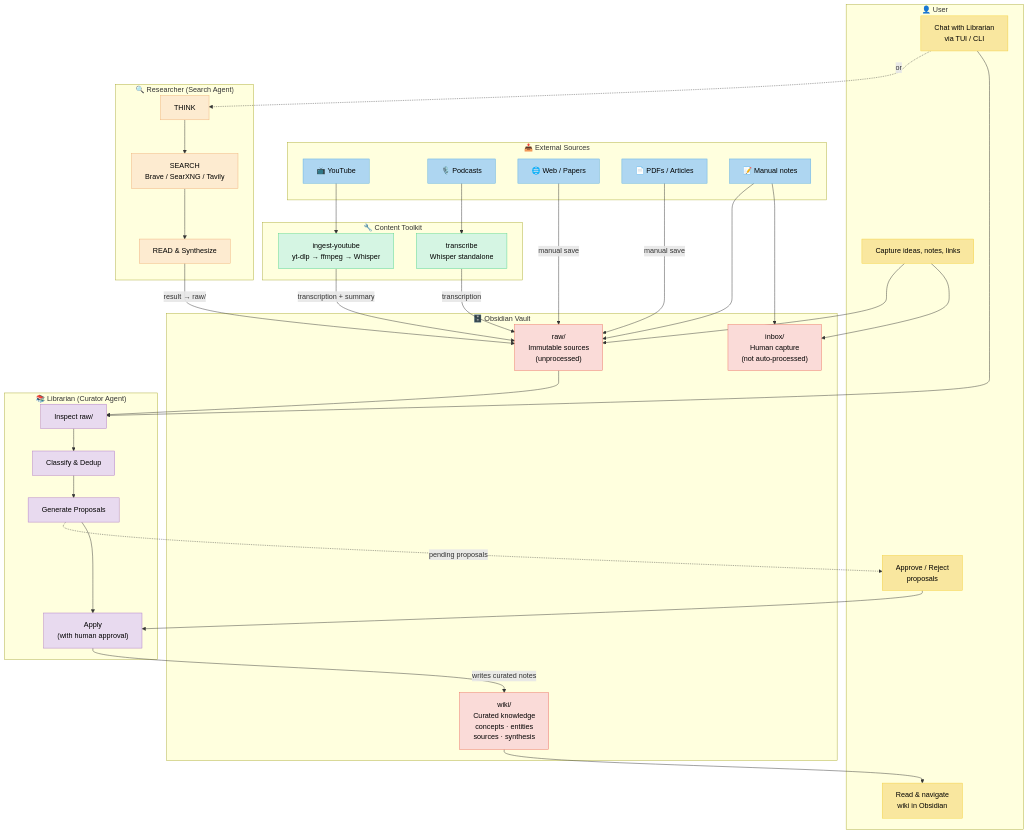
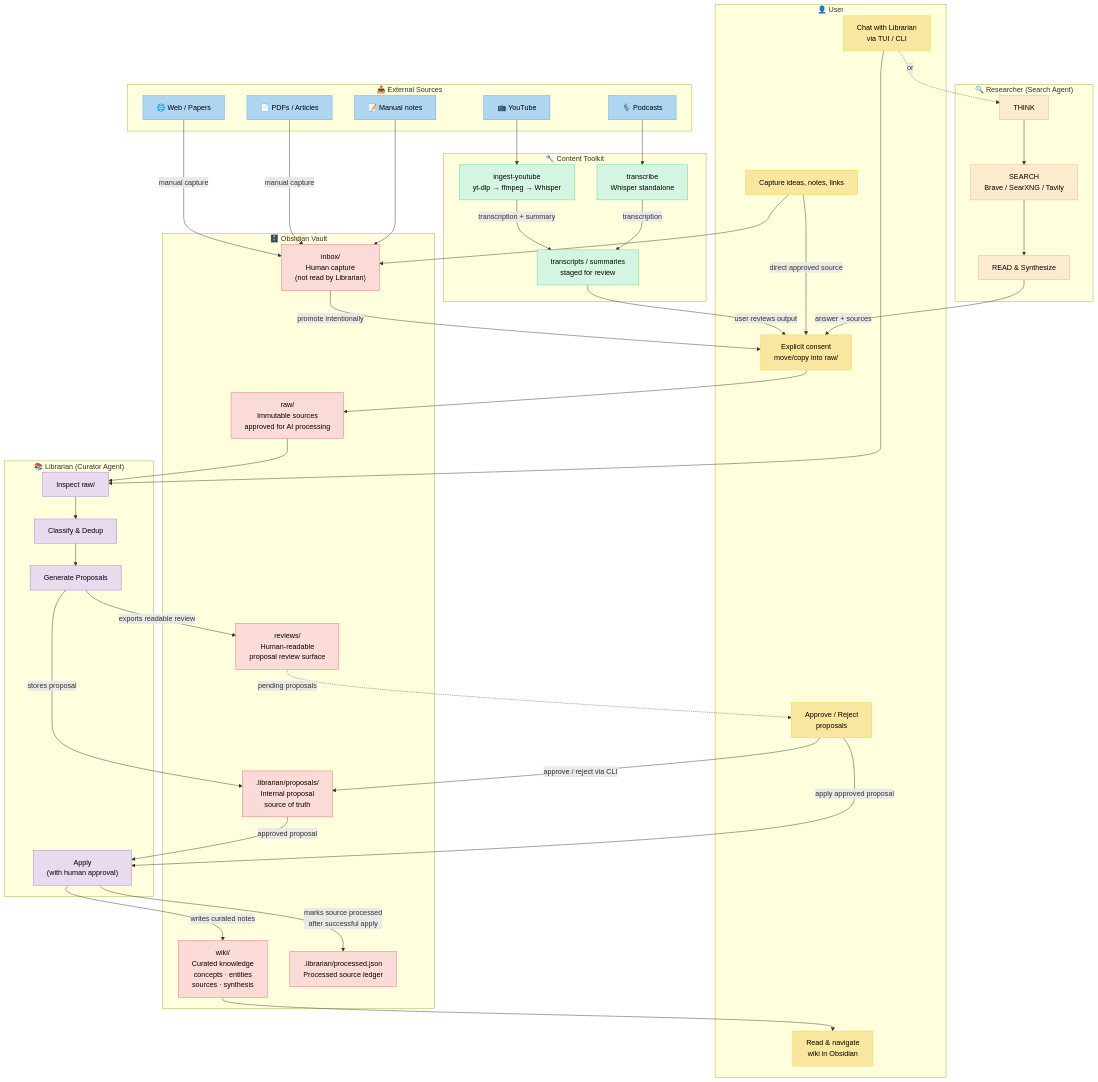
The diagram in docs/architecture/ARCHITECTURE.en.md (developerjeremylive/second-brain-ecosystem-etheroi), drawn with Mermaid before and after one commit. The commit also changed other lines of this file and 12 other files, not shown here.

Commit message:
docs: clarify raw consent boundary

````diff
--- a/docs/architecture/ARCHITECTURE.en.md
+++ b/docs/architecture/ARCHITECTURE.en.md
@@ -29,6 +29,7 @@
         U1["Capture ideas, notes, links"]
         U2["Chat with Librarian<br/>via TUI / CLI"]
         U3["Approve / Reject<br/>proposals"]
+        U5["Explicit consent<br/>move/copy into raw/"]
         U4["Read & navigate<br/>wiki in Obsidian"]
     end
 
@@ -43,12 +44,16 @@
     subgraph TOOLKIT["🔧 Content Toolkit"]
         INGEST["ingest-youtube<br/>yt-dlp → ffmpeg → Whisper"]
         TRANSCRIBE["transcribe<br/>Whisper standalone"]
+        ARTIFACT["transcripts / summaries<br/>staged for review"]
     end
 
     subgraph VAULT["🗄️ Obsidian Vault"]
-        RAW["raw/<br/>Immutable sources<br/>(unprocessed)"]
+        INBOX["inbox/<br/>Human capture<br/>(not read by Librarian)"]
+        RAW["raw/<br/>Immutable sources<br/>approved for AI processing"]
         WIKI["wiki/<br/>Curated knowledge<br/>concepts · entities<br/>sources · synthesis"]
-        INBOX["inbox/<br/>Human capture<br/>(not auto-processed)"]
+        REVIEWS["reviews/<br/>Human-readable<br/>proposal review surface"]
+        PROPOSALS[".librarian/proposals/<br/>Internal proposal<br/>source of truth"]
+        LEDGER[".librarian/processed.json<br/>Processed source ledger"]
     end
 
     subgraph LIBRARIAN_AGENT["📚 Librarian (Curator Agent)"]
@@ -56,7 +61,7 @@
         L2["Classify & Dedup"]
         L3["Generate Proposals"]
         L4["Apply<br/>(with human approval)"]
-        L1 --> L2 --> L3 --> L4
+        L1 --> L2 --> L3
     end
 
     subgraph RESEARCHER_AGENT["🔍 Researcher (Search Agent)"]
@@ -66,31 +71,38 @@
         R1 --> R2 --> R3
     end
 
-    %% Sources → Content Toolkit → raw/
+    %% Sources → Content Toolkit → staged artifacts
     YT --> INGEST
     POD --> TRANSCRIBE
-    INGEST -->|"transcription + summary"| RAW
-    TRANSCRIBE -->|"transcription"| RAW
+    INGEST -->|"transcription + summary"| ARTIFACT
+    TRANSCRIBE -->|"transcription"| ARTIFACT
+    ARTIFACT -->|"user reviews output"| U5
 
-    %% Manual sources → raw/ or inbox/
-    WEB -->|"manual save"| RAW
-    PDF -->|"manual save"| RAW
+    %% Manual sources → inbox/ or raw/ via explicit consent
+    WEB -->|"manual capture"| INBOX
+    PDF -->|"manual capture"| INBOX
     MANUAL --> INBOX
-    MANUAL --> RAW
     U1 --> INBOX
-    U1 --> RAW
+    U1 -->|"direct approved source"| U5
+    INBOX -->|"promote intentionally"| U5
+    U5 --> RAW
 
-    %% raw/ → Librarian → wiki/
+    %% raw/ → Librarian → proposals → approval → apply → wiki/
     RAW --> L1
+    L3 -->|"stores proposal"| PROPOSALS
+    L3 -->|"exports readable review"| REVIEWS
+    REVIEWS -.->|"pending proposals"| U3
+    PROPOSALS -->|"approved proposal"| L4
     L4 -->|"writes curated notes"| WIKI
+    L4 -->|"marks source processed<br/>after successful apply"| LEDGER
 
     %% User interacts with Librarian
     U2 --> L1
-    U3 --> L4
-    L3 -.->|"pending proposals"| U3
+    U3 -->|"approve / reject via CLI"| PROPOSALS
+    U3 -->|"apply approved proposal"| L4
 
-    %% Researcher → can feed raw/
-    R3 -->|"result → raw/"| RAW
+    %% Researcher → can feed raw/ only through user consent
+    R3 -->|"answer + sources"| U5
 
     %% User reads wiki
     WIKI --> U4
@@ -106,10 +118,10 @@
     classDef agent fill:#e8daef,stroke:#af7ac5,color:#000
     classDef research fill:#fdebd0,stroke:#f0b27a,color:#000
 
-    class U1,U2,U3,U4 user
+    class U1,U2,U3,U4,U5 user
     class YT,POD,WEB,PDF,MANUAL source
-    class INGEST,TRANSCRIBE toolkit
-    class RAW,WIKI,INBOX vault
+    class INGEST,TRANSCRIBE,ARTIFACT toolkit
+    class RAW,WIKI,INBOX,REVIEWS,PROPOSALS,LEDGER vault
     class L1,L2,L3,L4 agent
     class R1,R2,R3 research
 ```
````
